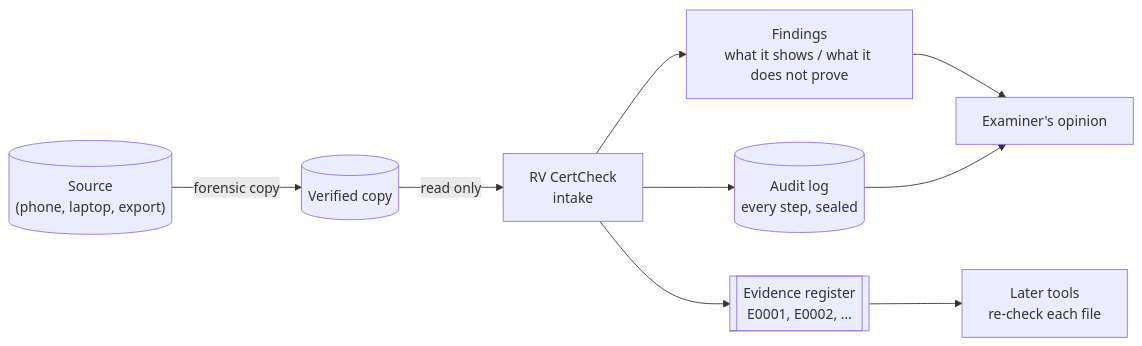
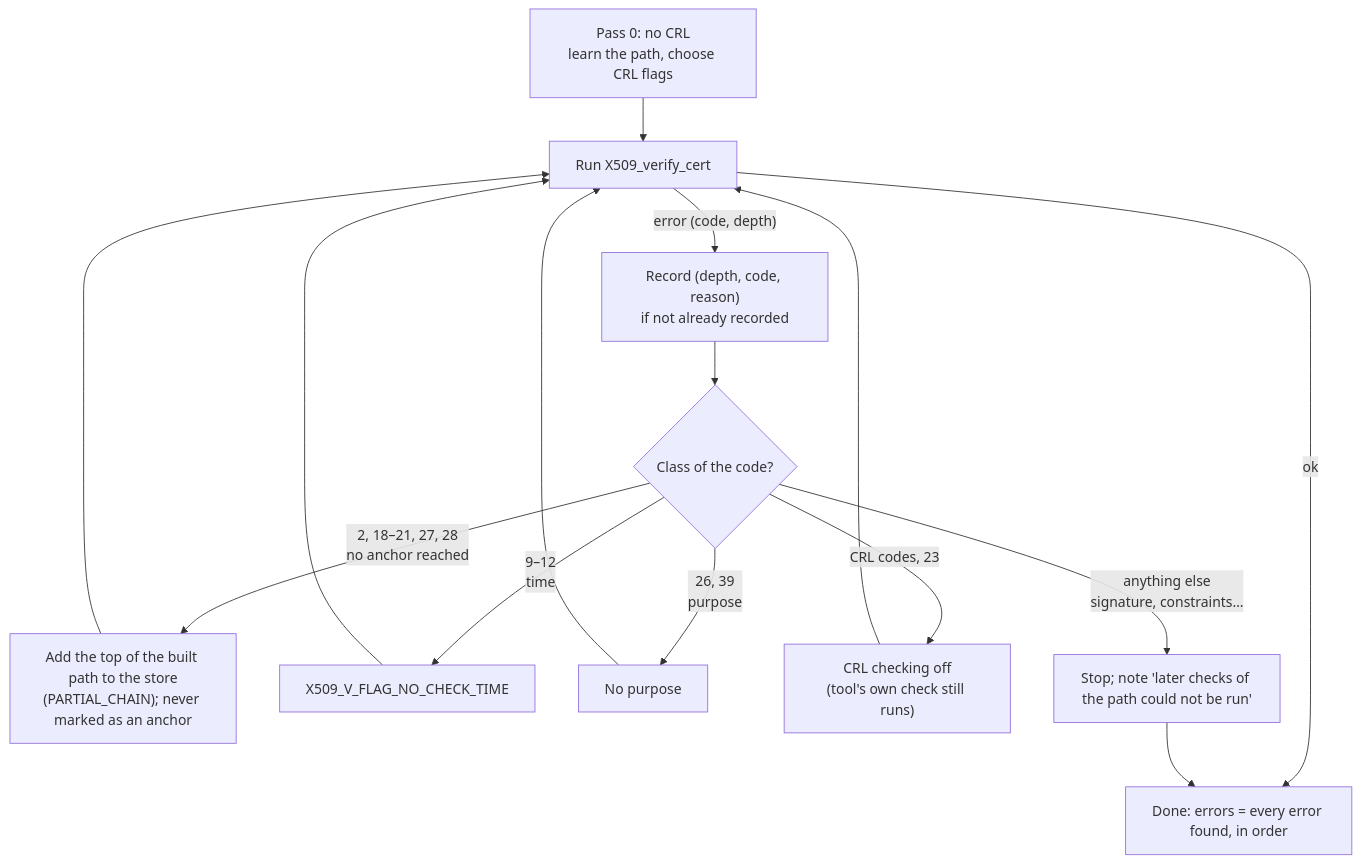
The third of 3 diagrams in docs/theory.md (Panacota96/rv-certcheck), drawn with Mermaid before and after one commit. The commit also changed other lines of this file and 1 other file, not shown here.

````diff
--- a/docs/theory.md
+++ b/docs/theory.md
@@ -69,11 +315,17 @@
 ```mermaid
-flowchart LR
-    S[("Source<br/>(phone, laptop, export)")] -->|forensic copy| C[("Verified copy")]
-    C -->|read only| T["RV CertCheck<br/>intake"]
-    T --> F["Findings<br/>what it shows / what it does not prove"]
-    T --> R[["Evidence register<br/>E0001, E0002, …"]]
-    T --> L[("Audit log<br/>every step, sealed")]
-    R --> A["Later tools<br/>re-check each file"]
-    F --> E["Examiner's opinion"]
-    L --> E
+flowchart TD
+    P0["Pass 0: no CRL<br/>learn the path, choose CRL flags"] --> P1["Run X509_verify_cert"]
+    P1 -->|ok| END["Done: errors = every error found, in order"]
+    P1 -->|"error (code, depth)"| REC["Record (depth, code, reason)<br/>if not already recorded"]
+    REC --> C{"Class of the code?"}
+    C -->|"2, 18–21, 27, 28<br/>no anchor reached"| A["Add the top of the built path to the store<br/>(PARTIAL_CHAIN); never marked as an anchor"]
+    C -->|"9–12<br/>time"| B["X509_V_FLAG_NO_CHECK_TIME"]
+    C -->|"26, 39<br/>purpose"| D["No purpose"]
+    C -->|"CRL codes, 23"| E["CRL checking off<br/>(tool's own check still runs)"]
+    C -->|"anything else<br/>signature, constraints…"| S["Stop; note 'later checks of the path could not be run'"]
+    A --> P1
+    B --> P1
+    D --> P1
+    E --> P1
+    S --> END
 ```
````
